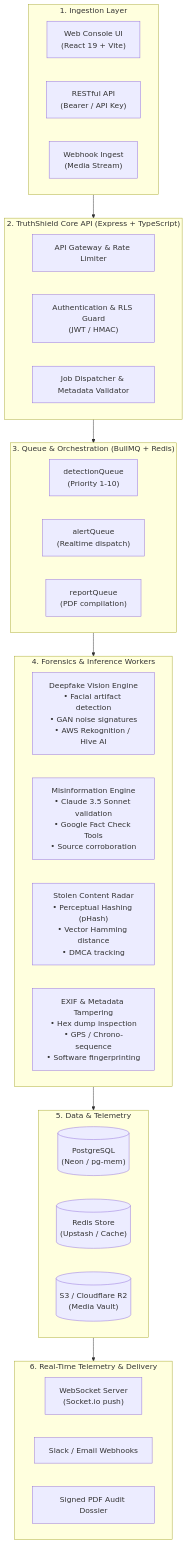
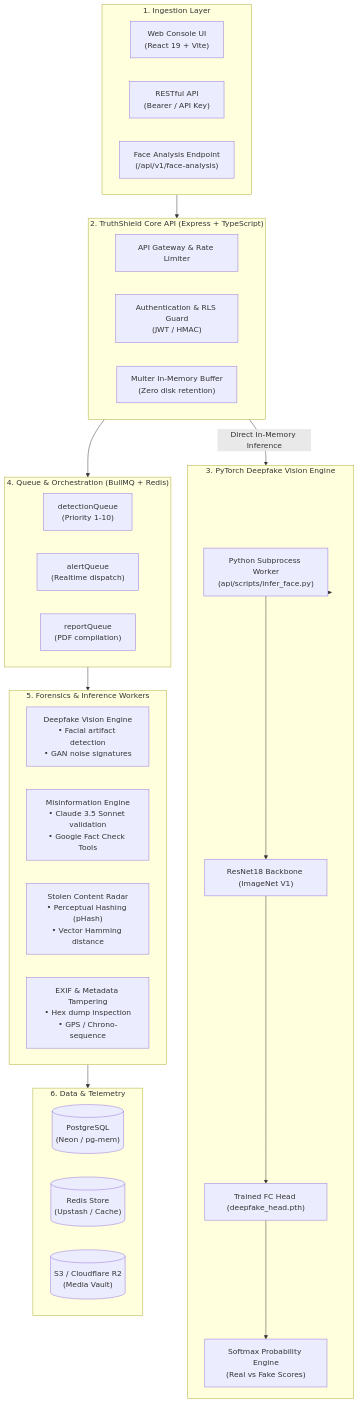
The diagram in README.md (navyaaa27/truthshield-api), drawn with Mermaid before and after one commit. The commit also changed other lines of this file, not shown here.

Commit message:
docs: add PyTorch ResNet18 model training pipeline, Colab steps, and face analysis docs

````diff
--- a/README.md
+++ b/README.md
@@ -52,45 +228,47 @@
 ```mermaid
 flowchart TD
     subgraph INGESTION["1. Ingestion Layer"]
         A1["Web Console UI\n(React 19 + Vite)"]
         A2["RESTful API\n(Bearer / API Key)"]
-        A3["Webhook Ingest\n(Media Stream)"]
+        A3["Face Analysis Endpoint\n(/api/v1/face-analysis)"]
     end
 
     subgraph CORE_API["2. TruthShield Core API (Express + TypeScript)"]
         B1["API Gateway & Rate Limiter"]
         B2["Authentication & RLS Guard\n(JWT / HMAC)"]
-        B3["Job Dispatcher & Metadata Validator"]
+        B3["Multer In-Memory Buffer\n(Zero disk retention)"]
     end
 
-    subgraph QUEUE_LAYER["3. Queue & Orchestration (BullMQ + Redis)"]
+    subgraph PYTHON_SIDECAR["3. PyTorch Deepfake Vision Engine"]
+        P1["Python Subprocess Worker\n(api/scripts/infer_face.py)"]
+        P2["ResNet18 Backbone (ImageNet V1)"]
+        P3["Trained FC Head (deepfake_head.pth)"]
+        P4["Softmax Probability Engine\n(Real vs Fake Scores)"]
+    end
+
+    subgraph QUEUE_LAYER["4. Queue & Orchestration (BullMQ + Redis)"]
         C1["detectionQueue\n(Priority 1-10)"]
         C2["alertQueue\n(Realtime dispatch)"]
         C3["reportQueue\n(PDF compilation)"]
     end
 
-    subgraph ENGINES["4. Forensics & Inference Workers"]
-        D1["Deepfake Vision Engine\n• Facial artifact detection\n• GAN noise signatures\n• AWS Rekognition / Hive AI"]
-        D2["Misinformation Engine\n• Claude 3.5 Sonnet validation\n• Google Fact Check Tools\n• Source corroboration"]
-        D3["Stolen Content Radar\n• Perceptual Hashing (pHash)\n• Vector Hamming distance\n• DMCA tracking"]
-        D4["EXIF & Metadata Tampering\n• Hex dump inspection\n• GPS / Chrono-sequence\n• Software fingerprinting"]
+    subgraph ENGINES["5. Forensics & Inference Workers"]
+        D1["Deepfake Vision Engine\n• Facial artifact detection\n• GAN noise signatures"]
+        D2["Misinformation Engine\n• Claude 3.5 Sonnet validation\n• Google Fact Check Tools"]
+        D3["Stolen Content Radar\n• Perceptual Hashing (pHash)\n• Vector Hamming distance"]
+        D4["EXIF & Metadata Tampering\n• Hex dump inspection\n• GPS / Chrono-sequence"]
     end
 
-    subgraph STORAGE["5. Data & Telemetry"]
+    subgraph STORAGE["6. Data & Telemetry"]
         E1[("PostgreSQL\n(Neon / pg-mem)")]
         E2[("Redis Store\n(Upstash / Cache)")]
         E3[("S3 / Cloudflare R2\n(Media Vault)")]
     end
 
-    subgraph CONSUMERS["6. Real-Time Telemetry & Delivery"]
-        F1["WebSocket Server\n(Socket.io push)"]
-        F2["Slack / Email Webhooks"]
-        F3["Signed PDF Audit Dossier"]
-    end
-
     INGESTION --> CORE_API
+    CORE_API -->|Direct In-Memory Inference| PYTHON_SIDECAR
+    PYTHON_SIDECAR --> P1 --> P2 --> P3 --> P4
     CORE_API --> QUEUE_LAYER
     QUEUE_LAYER --> ENGINES
     ENGINES --> STORAGE
-    STORAGE --> CONSUMERS
 ```
````
